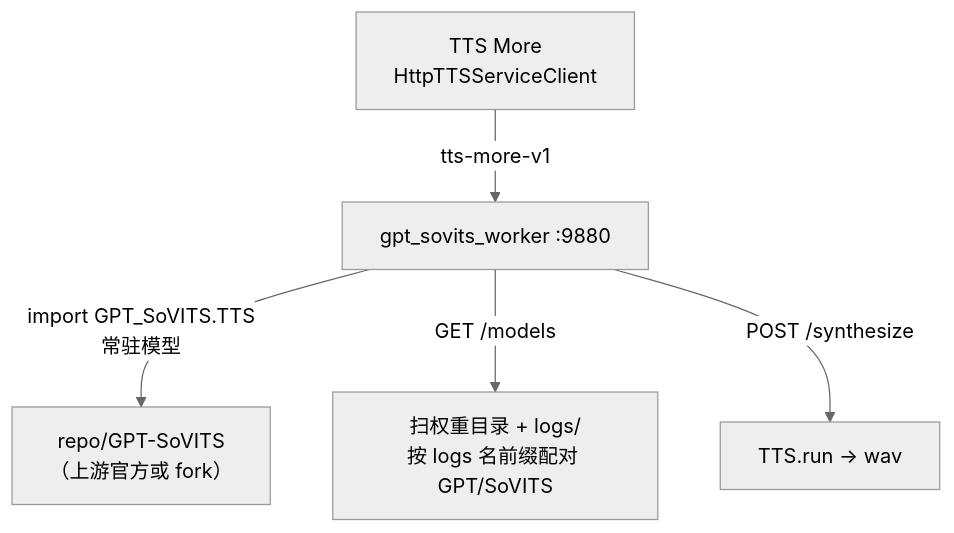
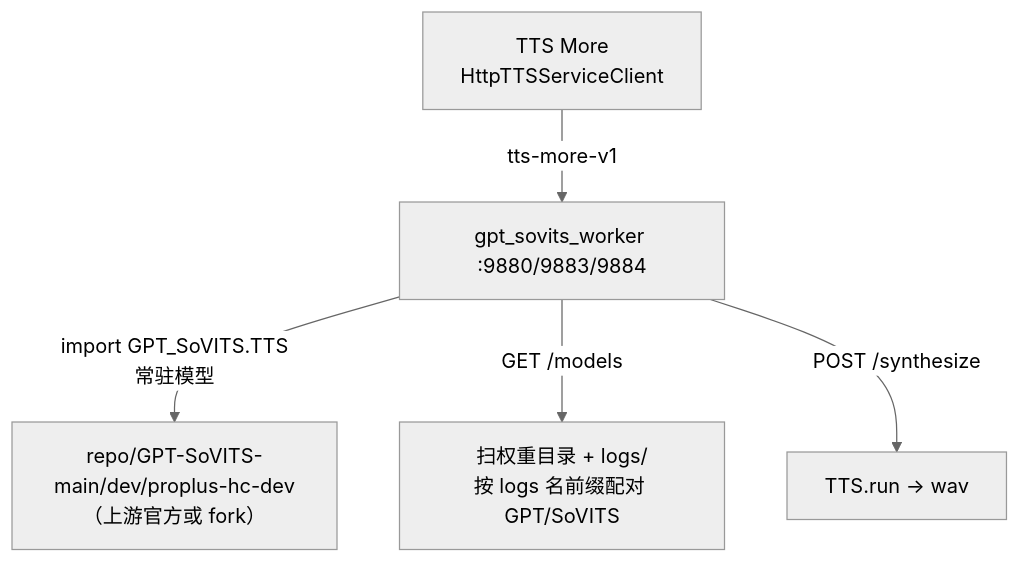
One commit to XucroYuri/TTS_more changed the diagram in docs/gpt-sovits-integration.md. Above: the diagram before and after it, drawn with Mermaid (neutral theme). The commit also changed other lines of this file and 26 other files, not shown here.

````diff
--- a/docs/gpt-sovits-integration.md
+++ b/docs/gpt-sovits-integration.md
@@ -9,7 +9,7 @@
 ```mermaid
 flowchart TD
-    App["TTS More<br/>HttpTTSServiceClient"] -- "tts-more-v1" --> Worker["gpt_sovits_worker :9880"]
-    Worker -- "import GPT_SoVITS.TTS\n常驻模型" --> Repo["repo/GPT-SoVITS\n（上游官方或 fork）"]
+    App["TTS More<br/>HttpTTSServiceClient"] -- "tts-more-v1" --> Worker["gpt_sovits_worker :9880/9883/9884"]
+    Worker -- "import GPT_SoVITS.TTS\n常驻模型" --> Repo["repo/GPT-SoVITS-main/dev/proplus-hc-dev\n（上游官方或 fork）"]
     Worker -- "GET /models" --> Scan["扫权重目录 + logs/<br/>按 logs 名前缀配对 GPT/SoVITS"]
     Worker -- "POST /synthesize" --> Run["TTS.run -> wav"]
 ```
````
